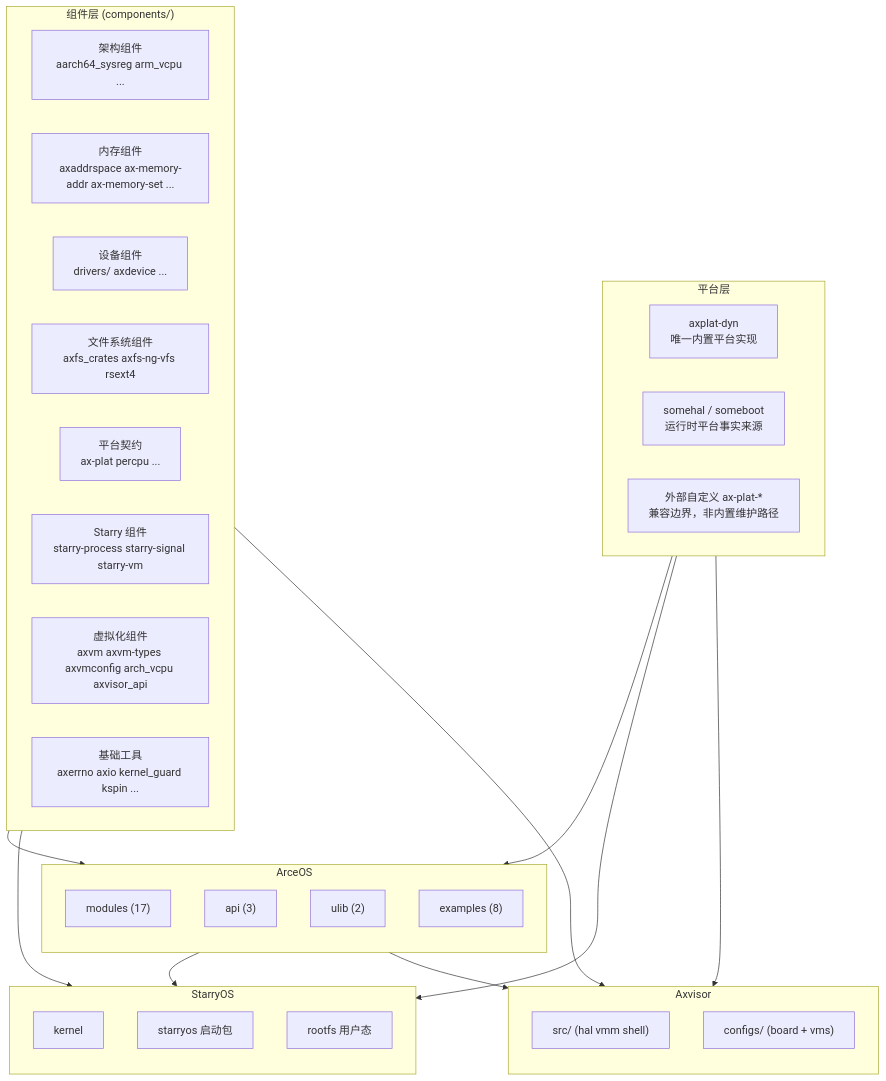
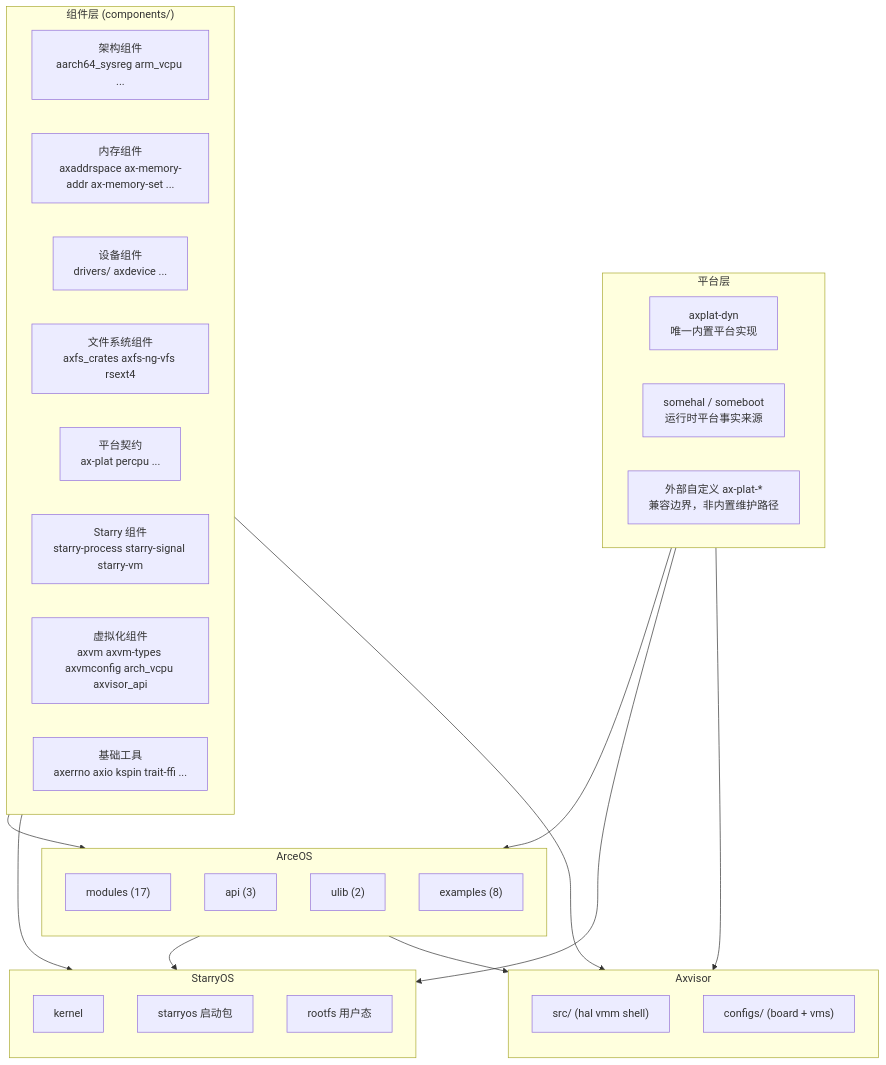
The first of 2 diagrams in docs/docs/architecture/overview.md (rcore-os/tgoskits), drawn with Mermaid before and after one commit. The commit also changed 333 other files, not shown here.

````diff
--- a/docs/docs/architecture/overview.md
+++ b/docs/docs/architecture/overview.md
@@ -10,51 +10,51 @@
 ```mermaid
 flowchart TD
     subgraph Components["组件层 (components/)"]
         direction LR
         C1["架构组件<br/>aarch64_sysreg arm_vcpu ..."]
         C2["内存组件<br/>axaddrspace ax-memory-addr ax-memory-set ..."]
         C3["设备组件<br/>drivers/ axdevice ..."]
         C4["文件系统组件<br/>axfs_crates axfs-ng-vfs rsext4"]
         C5["平台契约<br/>ax-plat percpu ..."]
         C6["Starry 组件<br/>starry-process starry-signal starry-vm"]
         C7["虚拟化组件<br/>axvm axvm-types axvmconfig arch_vcpu axvisor_api"]
-        C8["基础工具<br/>axerrno axio kernel_guard kspin ..."]
+        C8["基础工具<br/>axerrno axio kspin trait-ffi ..."]
     end
 
     subgraph ArceOS["ArceOS"]
         direction TB
         AM["modules (17)"]
         AA["api (3)"]
         AU["ulib (2)"]
         AX["examples (8)"]
     end
 
     subgraph StarryOS["StarryOS"]
         direction TB
         SK["kernel"]
         SP["starryos 启动包"]
         SR["rootfs 用户态"]
     end
 
     subgraph Axvisor["Axvisor"]
         direction TB
         AV["src/ (hal vmm shell)"]
         AC["configs/ (board + vms)"]
     end
 
     subgraph Platform["平台层"]
         direction LR
         P1["axplat-dyn<br/>唯一内置平台实现"]
         P2["somehal / someboot<br/>运行时平台事实来源"]
         P3["外部自定义 ax-plat-*<br/>兼容边界，非内置维护路径"]
     end
 
     Components --> ArceOS
     Components --> StarryOS
     Components --> Axvisor
     ArceOS --> StarryOS
     ArceOS --> Axvisor
     Platform --> ArceOS
     Platform --> StarryOS
     Platform --> Axvisor
 ```
````
